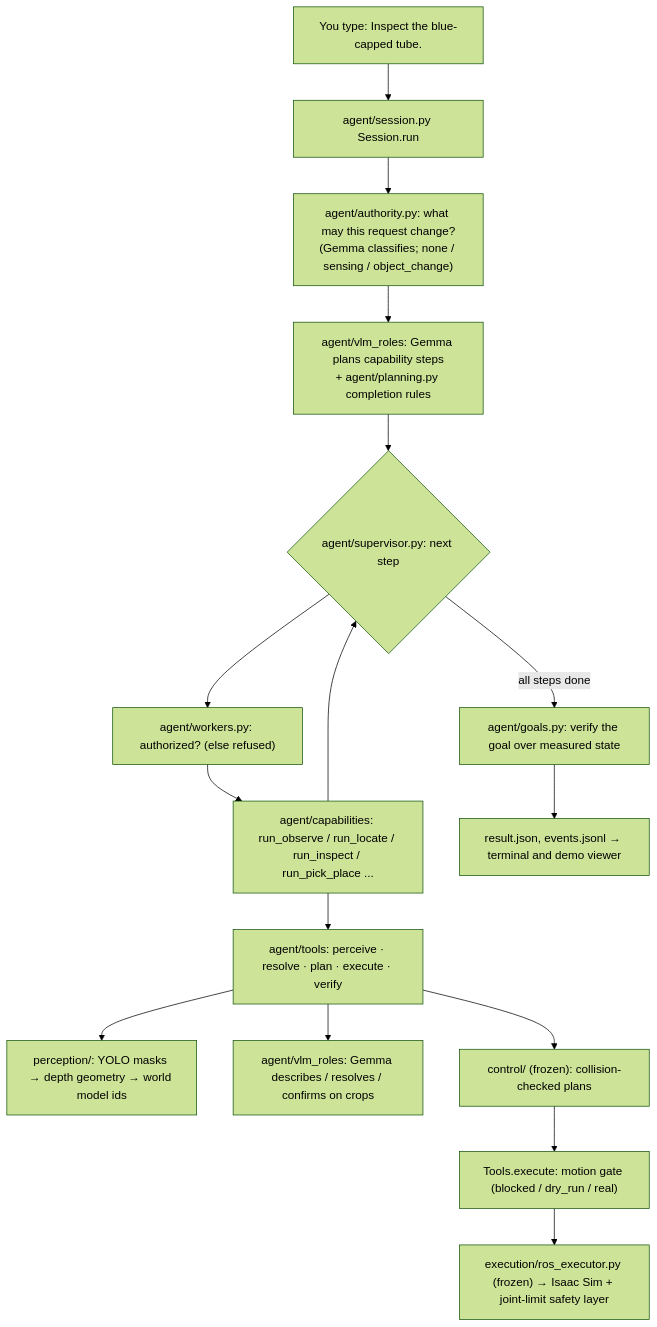
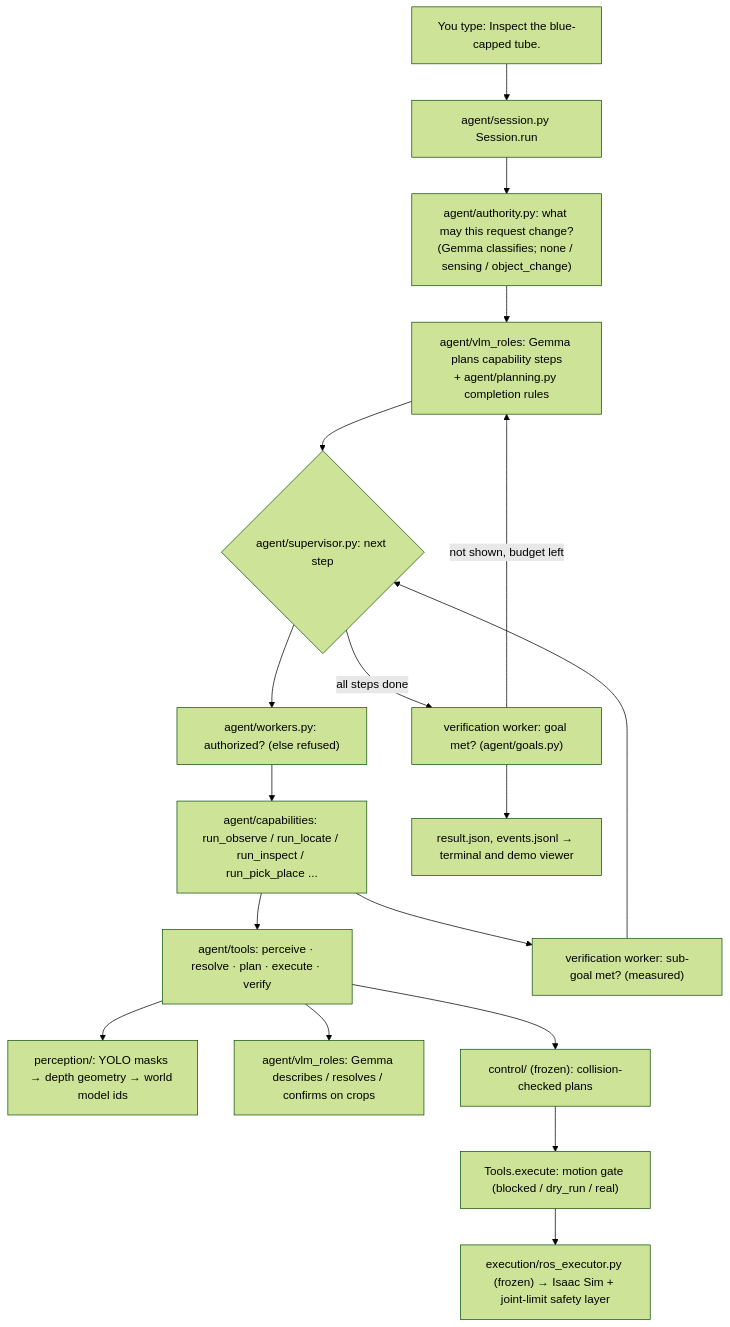
One commit to mahnoorkhalid369/MAVLA-RTM changed the diagram in README.md. Above: the diagram before and after it, drawn with Mermaid (forest theme). The commit also changed other lines of this file and 5 other files, not shown here.

First line of the commit message:
Docs: AGENT_ARCHITECTURE.md (the complete multi-agent architecture) and updates for the feedback loop

````diff
--- a/README.md
+++ b/README.md
@@ -100,18 +100,20 @@
 ```mermaid
 flowchart TD
   U["You type: Inspect the blue-capped tube."] --> S["agent/session.py Session.run"]
   S --> A["agent/authority.py: what may this request change?\n(Gemma classifies; none / sensing / object_change)"]
   A --> P["agent/vlm_roles: Gemma plans capability steps\n+ agent/planning.py completion rules"]
   P --> D{"agent/supervisor.py: next step"}
   D --> W["agent/workers.py: authorized? (else refused)"]
   W --> C["agent/capabilities: run_observe / run_locate / run_inspect / run_pick_place ..."]
   C --> T["agent/tools: perceive · resolve · plan · execute · verify"]
   T --> Y["perception/: YOLO masks → depth geometry → world model ids"]
   T --> G["agent/vlm_roles: Gemma describes / resolves / confirms on crops"]
   T --> M["control/ (frozen): collision-checked plans"]
   M --> X["Tools.execute: motion gate (blocked / dry_run / real)"]
   X --> R["execution/ros_executor.py (frozen) → Isaac Sim + joint-limit safety layer"]
-  C --> D
-  D -->|all steps done| V["agent/goals.py: verify the goal over measured state"]
+  C --> VW["verification worker: sub-goal met? (measured)"]
+  VW --> D
+  D -->|all steps done| V["verification worker: goal met? (agent/goals.py)"]
+  V -->|not shown, budget left| P
   V --> O["result.json, events.jsonl → terminal and demo viewer"]
 ```
````
